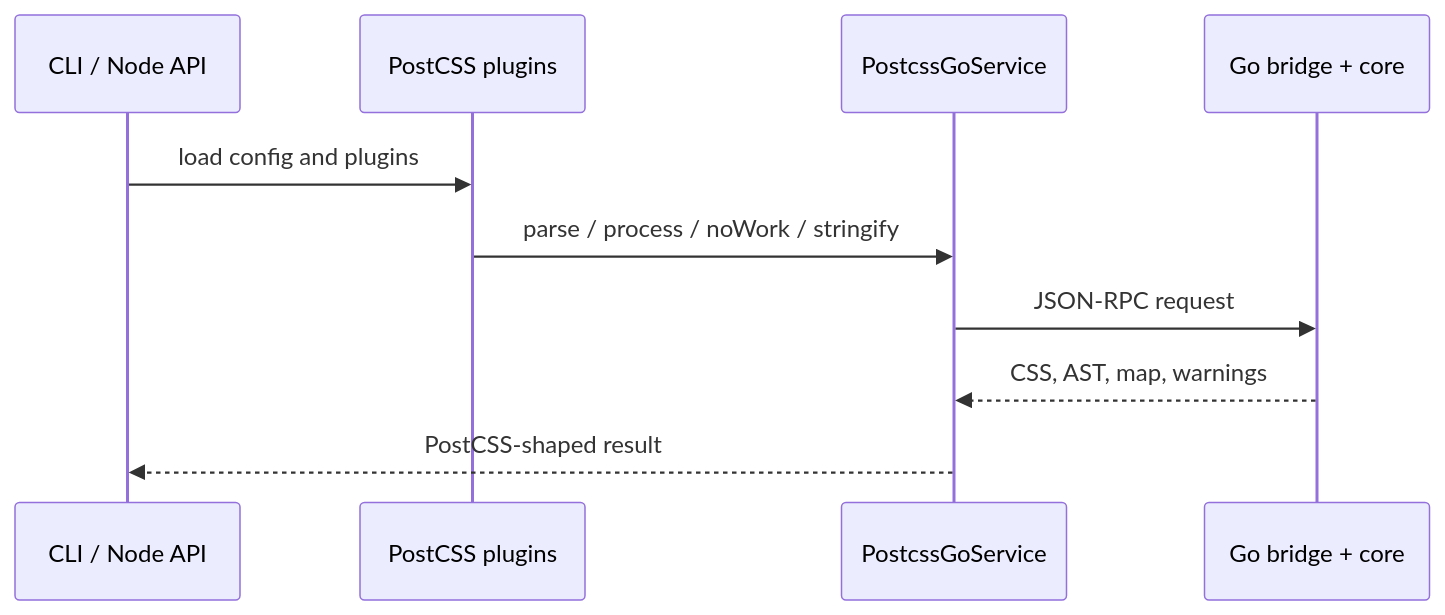
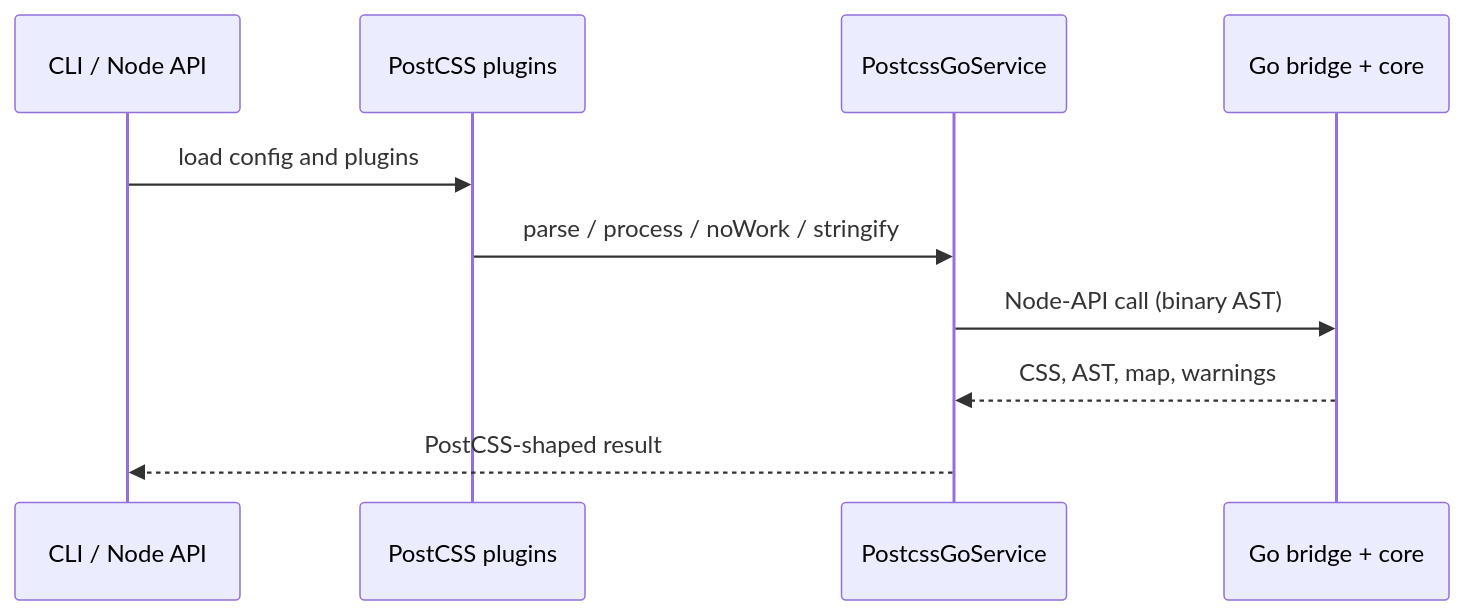
Before and after one commit to postcss-go/postcss-go: the second of 2 diagrams in docs/architecture.md, drawn with Mermaid. The commit also changed other lines of this file and 89 other files, not shown here.

````diff
--- a/docs/architecture.md
+++ b/docs/architecture.md
@@ -60,13 +64,13 @@
 ```mermaid
 sequenceDiagram
     participant User as CLI / Node API
     participant Plugins as PostCSS plugins
     participant Service as PostcssGoService
     participant Go as Go bridge + core
 
     User->>Plugins: load config and plugins
     Plugins->>Service: parse / process / noWork / stringify
-    Service->>Go: JSON-RPC request
+    Service->>Go: Node-API call (binary AST)
     Go-->>Service: CSS, AST, map, warnings
     Service-->>User: PostCSS-shaped result
 ```
````
